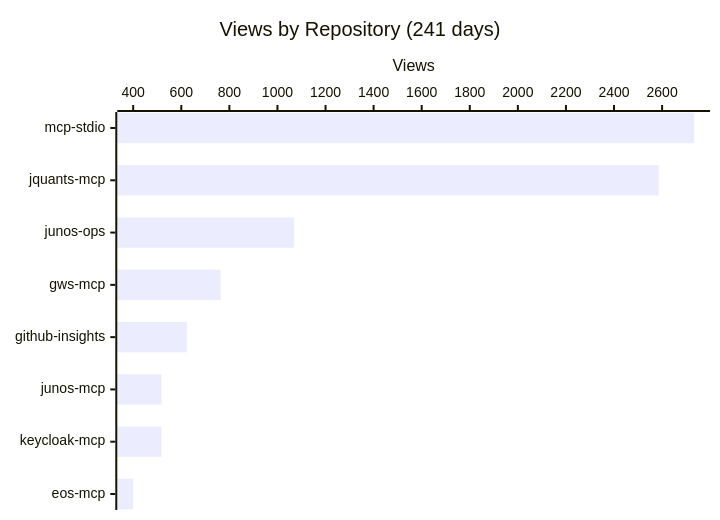
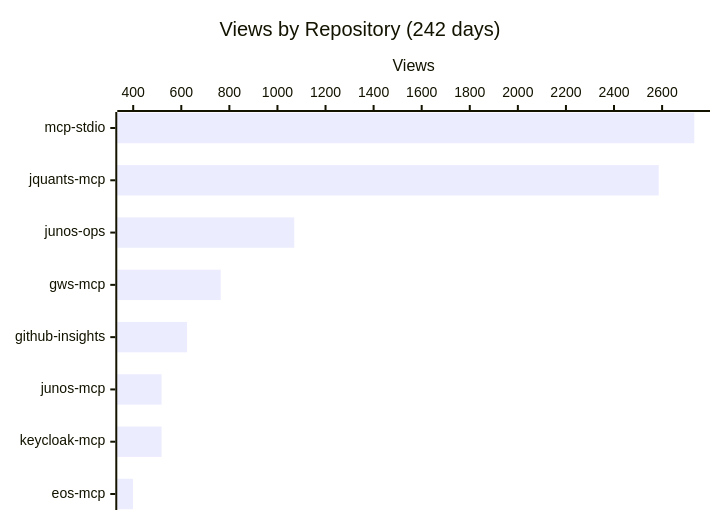
Before and after one commit to shigechika/github-insights: the first of 4 diagrams in README.md, drawn with Mermaid. The commit also changed other lines of this file and 1 other file, not shown here.

````diff
--- a/README.md
+++ b/README.md
@@ -18,7 +18,7 @@
 ```mermaid
 xychart-beta horizontal
-    title "Views by Repository (241 days)"
+    title "Views by Repository (242 days)"
     x-axis ["mcp-stdio", "jquants-mcp", "junos-ops", "gws-mcp", "github-insights", "junos-mcp", "keycloak-mcp", "eos-mcp"]
     y-axis "Views"
     bar [2734, 2586, 1070, 764, 624, 518, 518, 399]
 ```
````
